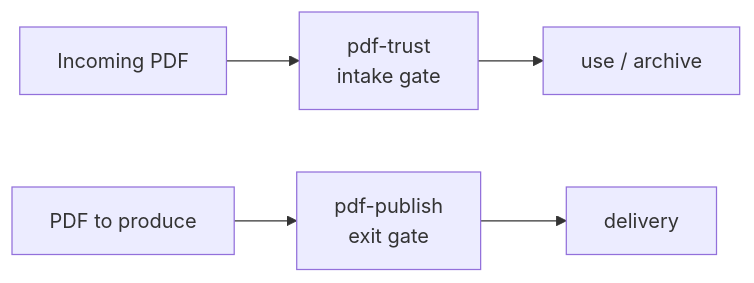
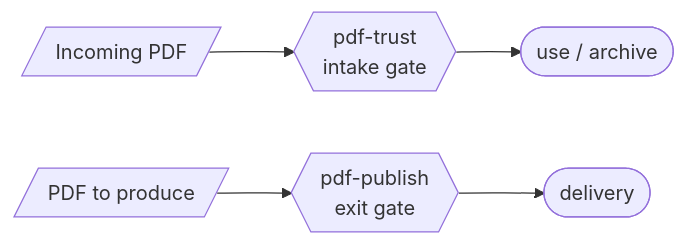
Before and after one commit to shuji-bonji/pdf-agent-stack: the diagram in site/docs/skills/index.md, drawn with Mermaid. The commit also changed 10 other files, not shown here.

Commit message:
fix: Mermaid図を改良

````diff
--- a/site/docs/skills/index.md
+++ b/site/docs/skills/index.md
@@ -9,5 +9,5 @@
 ```mermaid
 graph LR
-  IN[Incoming PDF] --> TRUST[pdf-trust<br>intake gate] --> USE[use / archive]
-  MAKE[PDF to produce] --> PUBLISH[pdf-publish<br>exit gate] --> OUT[delivery]
+  IN[/"Incoming PDF"/] --> TRUST{{"pdf-trust<br>intake gate"}} --> USE(["use / archive"])
+  MAKE[/"PDF to produce"/] --> PUBLISH{{"pdf-publish<br>exit gate"}} --> OUT(["delivery"])
 ```
````
